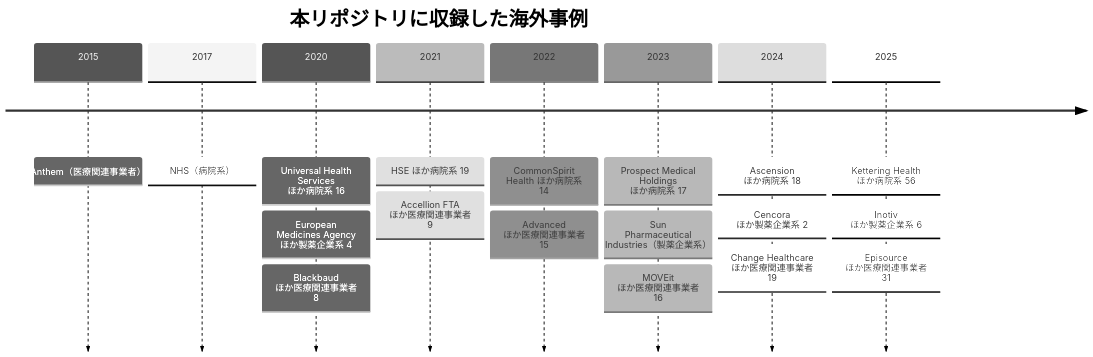
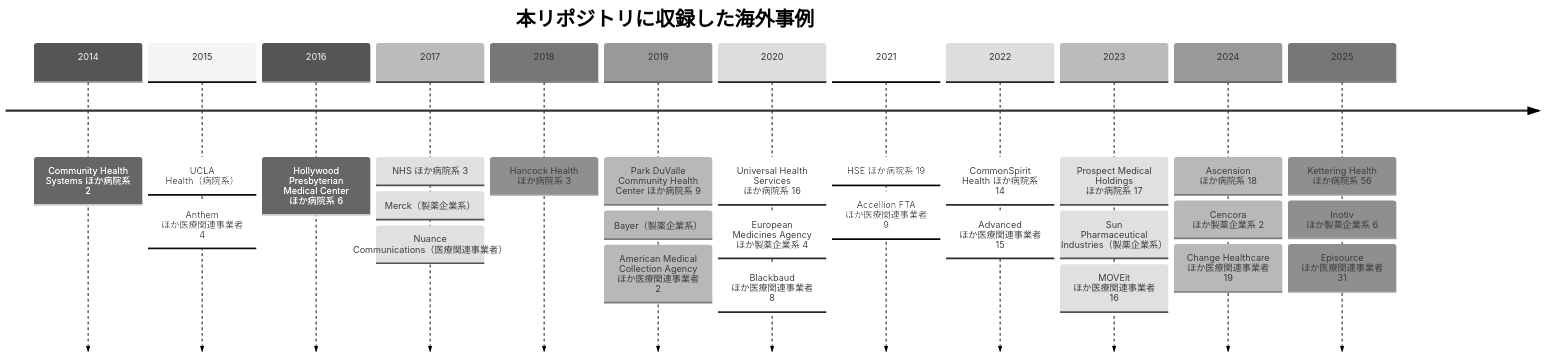
One commit to scgajge12/awesome-healthcare-security changed the diagram in docs/threats/incidents/global/README.md. Above: the diagram before and after it, drawn with Mermaid (neutral theme). The commit also changed other lines of this file and 5 other files, not shown here.

````diff
--- a/docs/threats/incidents/global/README.md
+++ b/docs/threats/incidents/global/README.md
@@ -22,12 +22,16 @@
 ```mermaid
 timeline
     title 本リポジトリに収録した海外事例
-    2015 : Anthem（医療関連事業者）
-    2017 : NHS（病院系）
+    2014 : Community Health Systems ほか病院系 2
+    2015 : UCLA Health（病院系） : Anthem ほか医療関連事業者 4
+    2016 : Hollywood Presbyterian Medical Center ほか病院系 6
+    2017 : NHS ほか病院系 3 : Merck（製薬企業系） : Nuance Communications（医療関連事業者）
+    2018 : Hancock Health ほか病院系 3
+    2019 : Park DuValle Community Health Center ほか病院系 9 : Bayer（製薬企業系） : American Medical Collection Agency ほか医療関連事業者 2
     2020 : Universal Health Services ほか病院系 16 : European Medicines Agency ほか製薬企業系 4 : Blackbaud ほか医療関連事業者 8
     2021 : HSE ほか病院系 19 : Accellion FTA ほか医療関連事業者 9
     2022 : CommonSpirit Health ほか病院系 14 : Advanced ほか医療関連事業者 15
     2023 : Prospect Medical Holdings ほか病院系 17 : Sun Pharmaceutical Industries（製薬企業系） : MOVEit ほか医療関連事業者 16
     2024 : Ascension ほか病院系 18 : Cencora ほか製薬企業系 2 : Change Healthcare ほか医療関連事業者 19
     2025 : Kettering Health ほか病院系 56 : Inotiv ほか製薬企業系 6 : Episource ほか医療関連事業者 31
 ```
````
